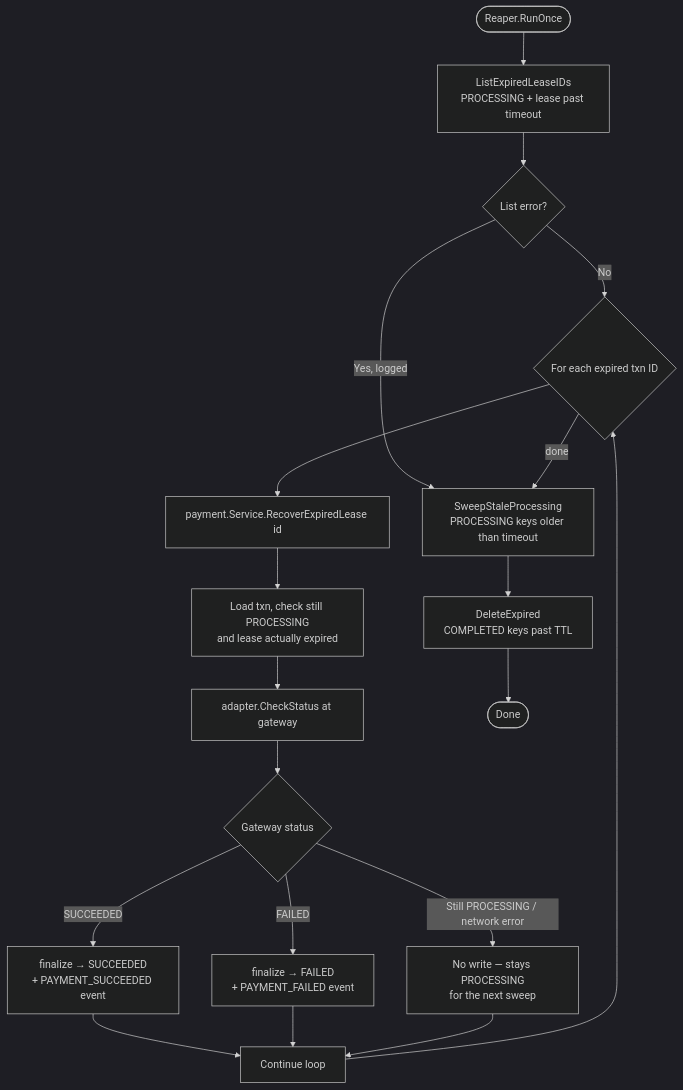
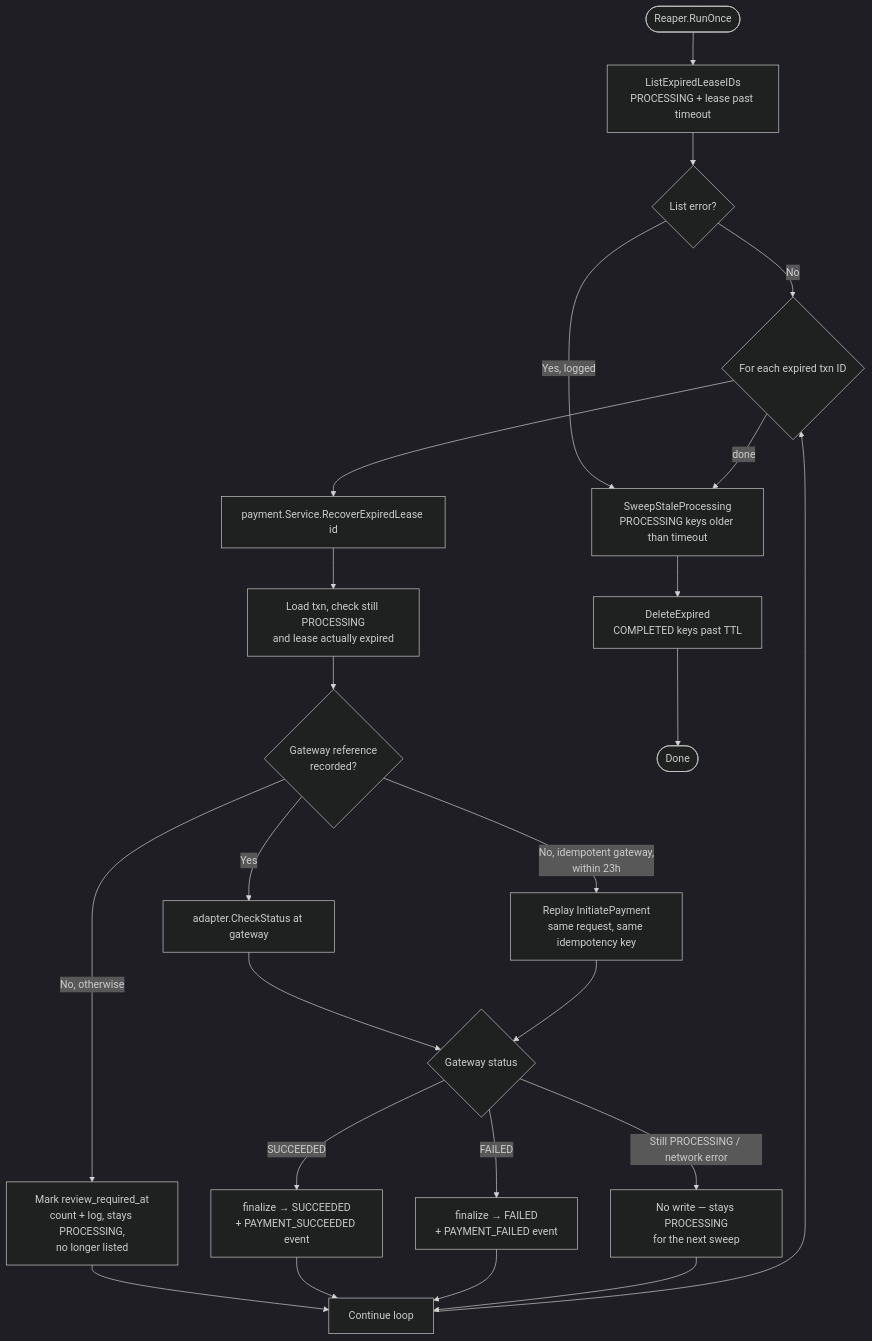
The tenth of 11 diagrams in README.md (blue-samarth/payment-service), drawn with Mermaid (dark theme) before and after one commit. The commit also changed other lines of this file and 57 other files, not shown here.

````diff
--- a/README.md
+++ b/README.md
@@ -578,24 +589,29 @@
 ```mermaid
 flowchart TD
     Start([Reaper.RunOnce]) --> List[ListExpiredLeaseIDs<br/>PROCESSING + lease past timeout]
     List --> ListErr{List error?}
     ListErr -->|Yes, logged| SweepIdem
     ListErr -->|No| Loop{For each expired txn ID}
 
     Loop --> Recover[payment.Service.RecoverExpiredLease id]
     Recover --> LoadTxn[Load txn, check still PROCESSING<br/>and lease actually expired]
-    LoadTxn --> CheckStatus[adapter.CheckStatus at gateway]
+    LoadTxn --> HasRef{Gateway reference<br/>recorded?}
+    HasRef -->|Yes| CheckStatus[adapter.CheckStatus at gateway]
+    HasRef -->|No, idempotent gateway,<br/>within 23h| Replay[Replay InitiatePayment<br/>same request, same idempotency key]
+    HasRef -->|No, otherwise| Manual[Mark review_required_at<br/>count + log, stays PROCESSING,<br/>no longer listed]
     CheckStatus --> Outcome{Gateway status}
+    Replay --> Outcome
+    Manual --> NextTxn
 
     Outcome -->|SUCCEEDED| FinalizeOK[finalize → SUCCEEDED<br/>+ PAYMENT_SUCCEEDED event]
     Outcome -->|FAILED| FinalizeFail[finalize → FAILED<br/>+ PAYMENT_FAILED event]
     Outcome -->|Still PROCESSING / network error| LeaveAlone[No write — stays PROCESSING<br/>for the next sweep]
 
     FinalizeOK --> NextTxn[Continue loop]
     FinalizeFail --> NextTxn
     LeaveAlone --> NextTxn
     NextTxn --> Loop
     Loop -->|done| SweepIdem[SweepStaleProcessing<br/>PROCESSING keys older than timeout]
     SweepIdem --> DeleteExp[DeleteExpired<br/>COMPLETED keys past TTL]
     DeleteExp --> End([Done])
 ```
````
